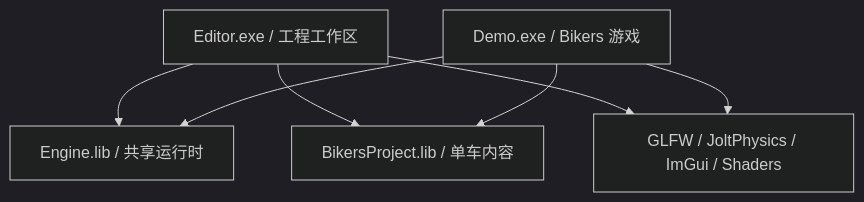
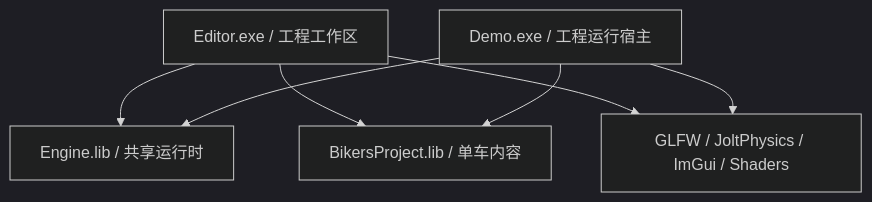
Before and after one commit to SamuilG/Rafaels-Bikers-Game-Engine: the diagram in Docs/BuildTargets.md, drawn with Mermaid (dark theme). The commit also changed other lines of this file and 69 other files, not shown here.

````diff
--- a/Docs/BuildTargets.md
+++ b/Docs/BuildTargets.md
@@ -5,9 +5,9 @@
 ```mermaid
 flowchart TD
     Editor[Editor.exe / 工程工作区] --> Engine[Engine.lib / 共享运行时]
-    Demo[Demo.exe / Bikers 游戏] --> Engine
+    Demo[Demo.exe / 工程运行宿主] --> Engine
     Editor --> Bikers[BikersProject.lib / 单车内容]
     Demo --> Bikers
     Editor --> Deps[GLFW / JoltPhysics / ImGui / Shaders]
     Demo --> Deps
 ```
````
